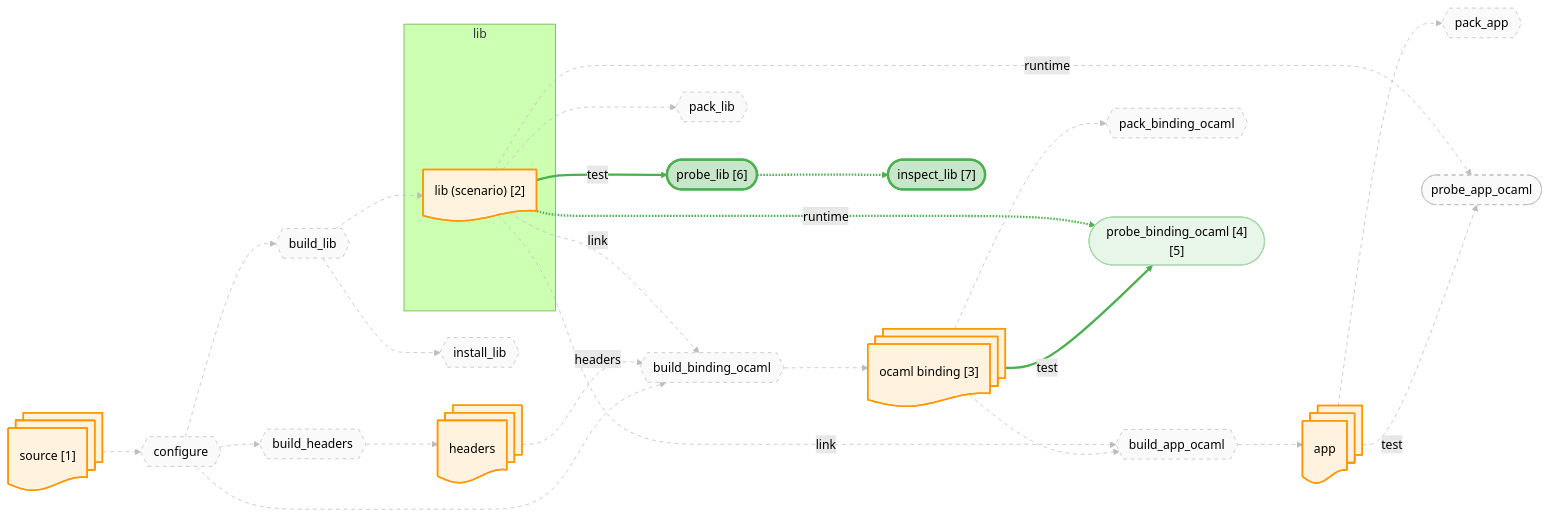
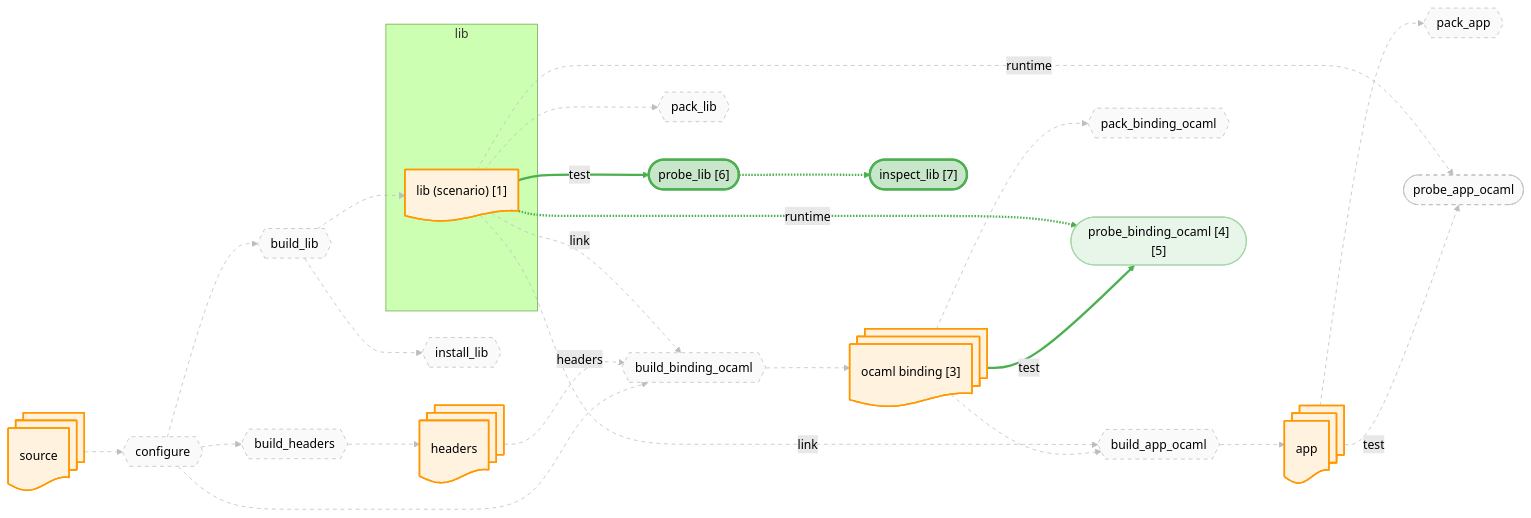
The diagram in docs/canary/projects/zarith/-run/diagrams/lib.mmd (JHU-PL-Lab/tola), drawn with Mermaid (forest theme) before and after one commit. The commit also changed 231 other files, not shown here.

```diff
--- a/docs/canary/projects/zarith/-run/diagrams/lib.mmd
+++ b/docs/canary/projects/zarith/-run/diagrams/lib.mmd
@@ -1,91 +1,91 @@
 %% view: lib
 graph LR
-    source_node@{ shape: docs, label: "source [1]" }
+    source_node@{ shape: docs, label: "source" }
     headers_node@{ shape: docs, label: "headers" }
     subgraph lib_sg ["lib"]
-      lib_fetch_node@{ shape: doc, label: "lib (scenario) [2]" }
+      lib_fetch_node@{ shape: doc, label: "lib (scenario) [1]" }
     end
     app_node@{ shape: docs, label: "app" }
     ocaml_binding_node@{ shape: docs, label: "ocaml binding [3]" }
 
     A_configure{{"configure"}}
     A_build_headers{{"build_headers"}}
     A_build_lib{{"build_lib"}}
     A_build_binding_ocaml{{"build_binding_ocaml"}}
     A_build_app_ocaml{{"build_app_ocaml"}}
     A_install_lib{{"install_lib"}}
     A_pack_binding_ocaml{{"pack_binding_ocaml"}}
     A_pack_lib{{"pack_lib"}}
     A_pack_app{{"pack_app"}}
     A_probe_binding_ocaml(["probe_binding_ocaml [4][5]"])
     A_probe_app_ocaml(["probe_app_ocaml"])
     A_probe_lib(["probe_lib [6]"])
     A_probe_lib_inspect(["inspect_lib [7]"])
 
     source_node --> A_configure
     A_configure --> A_build_headers
     A_build_headers --> headers_node
     A_configure --> A_build_lib
     A_build_lib --> lib_fetch_node
     A_configure --> A_build_binding_ocaml
     headers_node -.->|headers| A_build_binding_ocaml
     lib_fetch_node -.->|link| A_build_binding_ocaml
     A_build_binding_ocaml --> ocaml_binding_node
     ocaml_binding_node --> A_build_app_ocaml
     lib_fetch_node -.->|link| A_build_app_ocaml
     A_build_app_ocaml --> app_node
     A_build_lib --> A_install_lib
     ocaml_binding_node --> A_pack_binding_ocaml
     lib_fetch_node --> A_pack_lib
     app_node --> A_pack_app
     ocaml_binding_node -->|test| A_probe_binding_ocaml
     lib_fetch_node -.->|runtime| A_probe_binding_ocaml
     app_node -->|test| A_probe_app_ocaml
     lib_fetch_node -.->|runtime| A_probe_app_ocaml
     lib_fetch_node -->|test| A_probe_lib
     A_probe_lib -.-> A_probe_lib_inspect
 
     classDef artifact fill:#fff3e0,stroke:#ff9800,stroke-width:2px
     classDef action fill:#f3e5f5,stroke:#9c27b0,stroke-width:2px
     classDef st_done fill:#c8e6c9,stroke:#4caf50,stroke-width:3px
     classDef st_done_ctx fill:#e8f5e9,stroke:#a5d6a7,stroke-width:1.5px
     classDef st_expected_fail fill:#fff9c4,stroke:#f9a825,stroke-width:2px
     classDef st_failed fill:#ffcdd2,stroke:#c62828,stroke-width:2px
     classDef st_skipped fill:#f5f5f5,stroke:#9e9e9e,stroke-dasharray:5
     classDef st_nospec fill:#fafafa,stroke:#bdbdbd,stroke-dasharray:5
     class source_node,headers_node,lib_fetch_node,app_node,ocaml_binding_node artifact
     class A_configure st_nospec
     class A_build_headers st_nospec
     class A_build_lib st_nospec
     class A_build_binding_ocaml st_nospec
     class A_build_app_ocaml st_nospec
     class A_install_lib st_nospec
     class A_pack_binding_ocaml st_nospec
     class A_pack_lib st_nospec
     class A_pack_app st_nospec
     class A_probe_binding_ocaml st_done_ctx
     class A_probe_app_ocaml st_nospec
     class A_probe_lib st_done
     class A_probe_lib_inspect st_done
     linkStyle 0 stroke:#bdbdbd,stroke-width:1px,stroke-dasharray:5
     linkStyle 1 stroke:#bdbdbd,stroke-width:1px,stroke-dasharray:5
     linkStyle 2 stroke:#bdbdbd,stroke-width:1px,stroke-dasharray:5
     linkStyle 3 stroke:#bdbdbd,stroke-width:1px,stroke-dasharray:5
     linkStyle 4 stroke:#bdbdbd,stroke-width:1px,stroke-dasharray:5
     linkStyle 5 stroke:#bdbdbd,stroke-width:1px,stroke-dasharray:5
     linkStyle 6 stroke:#bdbdbd,stroke-width:1px,stroke-dasharray:5
     linkStyle 7 stroke:#bdbdbd,stroke-width:1px,stroke-dasharray:5
     linkStyle 8 stroke:#bdbdbd,stroke-width:1px,stroke-dasharray:5
     linkStyle 9 stroke:#bdbdbd,stroke-width:1px,stroke-dasharray:5
     linkStyle 10 stroke:#bdbdbd,stroke-width:1px,stroke-dasharray:5
     linkStyle 11 stroke:#bdbdbd,stroke-width:1px,stroke-dasharray:5
     linkStyle 12 stroke:#bdbdbd,stroke-width:1px,stroke-dasharray:5
     linkStyle 13 stroke:#bdbdbd,stroke-width:1px,stroke-dasharray:5
     linkStyle 14 stroke:#bdbdbd,stroke-width:1px,stroke-dasharray:5
     linkStyle 15 stroke:#bdbdbd,stroke-width:1px,stroke-dasharray:5
     linkStyle 16 stroke:#4caf50,stroke-width:3px
     linkStyle 17 stroke:#4caf50,stroke-width:3px
     linkStyle 18 stroke:#bdbdbd,stroke-width:1px,stroke-dasharray:5
     linkStyle 19 stroke:#bdbdbd,stroke-width:1px,stroke-dasharray:5
     linkStyle 20 stroke:#4caf50,stroke-width:3px
     linkStyle 21 stroke:#4caf50,stroke-width:3px
```
